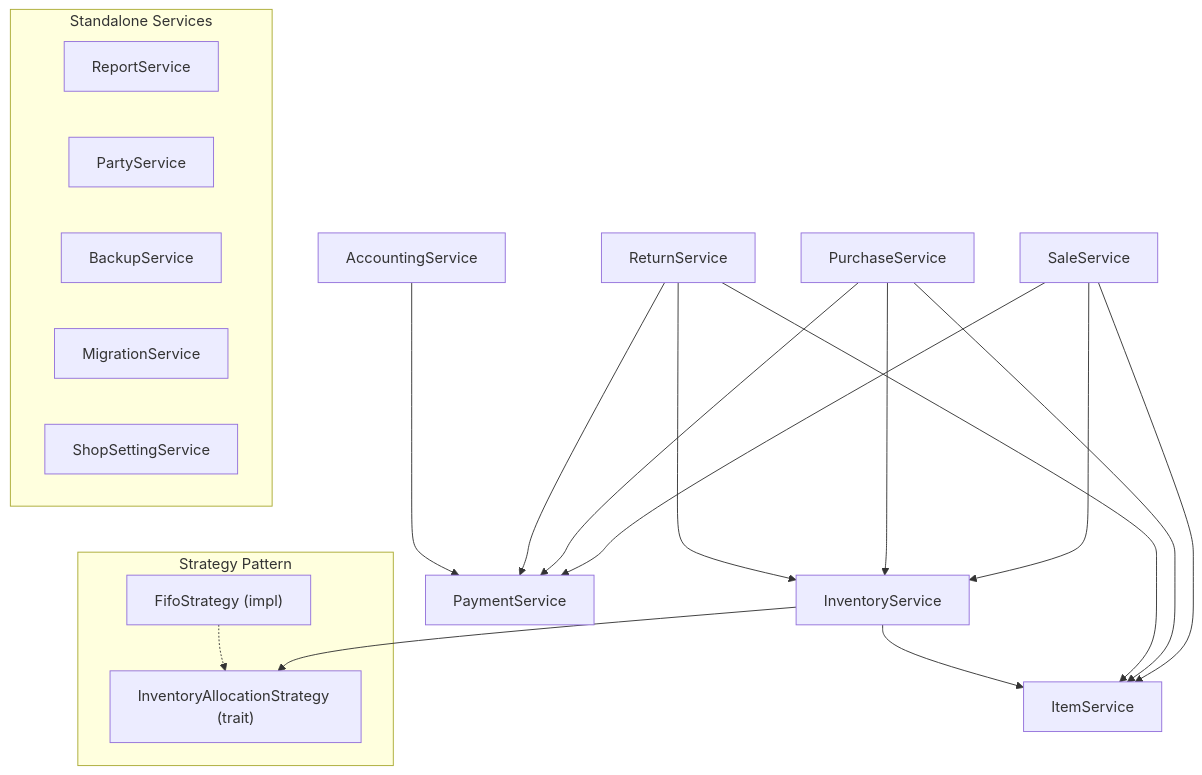
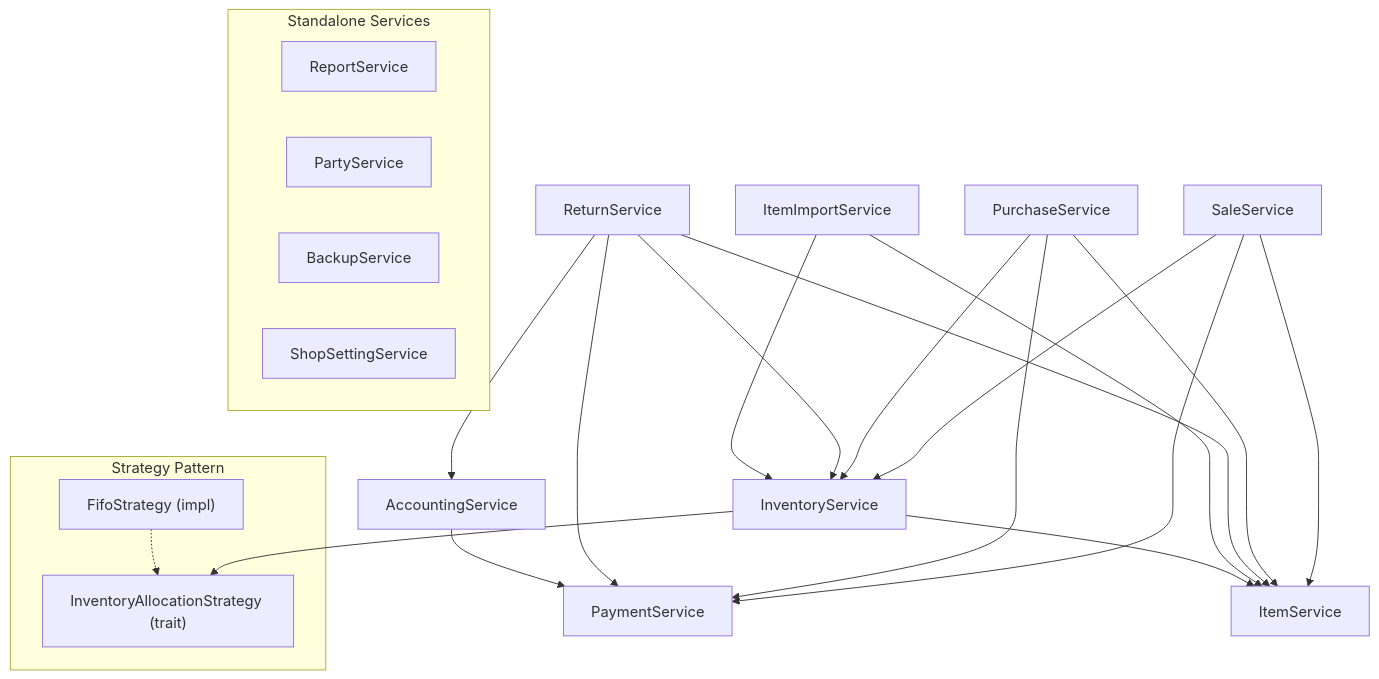
Before and after one commit to thebiz98/book_keeper: the first of 6 diagrams in docs/book_keeper_LLD.md, drawn with Mermaid. The commit also changed other lines of this file and 7 other files, not shown here.

````diff
--- a/docs/book_keeper_LLD.md
+++ b/docs/book_keeper_LLD.md
@@ -680,33 +788,35 @@
 ```mermaid
 graph TD
     SaleService --> InventoryService
     SaleService --> PaymentService
     SaleService --> ItemService
 
     PurchaseService --> InventoryService
     PurchaseService --> PaymentService
     PurchaseService --> ItemService
 
     ReturnService --> InventoryService
     ReturnService --> PaymentService
+    ReturnService --> AccountingService
     ReturnService --> ItemService
 
     AccountingService --> PaymentService
+    ItemImportService --> ItemService
+    ItemImportService --> InventoryService
 
     InventoryService --> InventoryAllocationStrategy
     InventoryService --> ItemService
 
     subgraph Strategy["Strategy Pattern"]
         InventoryAllocationStrategy["InventoryAllocationStrategy (trait)"]
         FifoStrategy["FifoStrategy (impl)"]
         FifoStrategy -.-> InventoryAllocationStrategy
     end
 
     subgraph Standalone["Standalone Services"]
         ReportService
         PartyService
         BackupService
-        MigrationService
         ShopSettingService
     end
 ```
````
